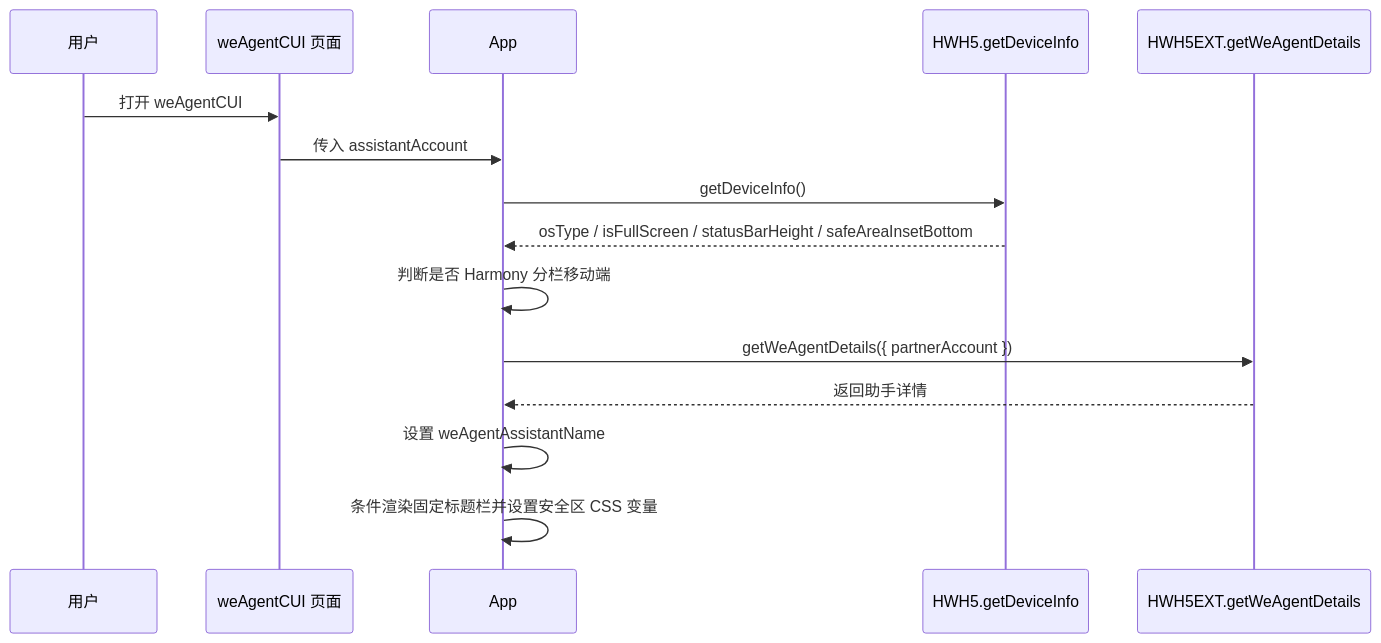
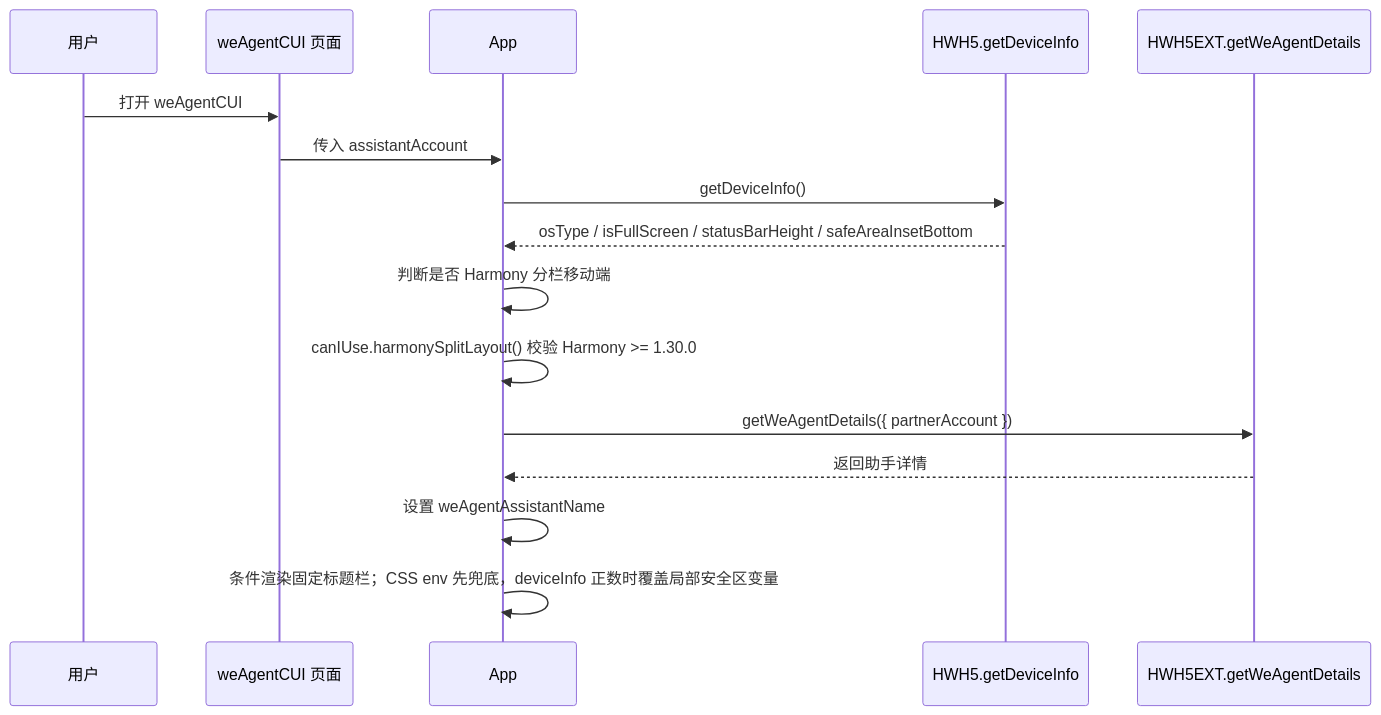
Before and after one commit to Abelsjcheng/skillSDK: the second of 3 diagrams in ai-chat-viewer/docs/plans/2026-06-18-we-agent-cui-harmony-split-layout-plan.md, drawn with Mermaid. The commit also changed other lines of this file and 6 other files, not shown here.

Commit message:
fix(harmony): gate split layout by client version

````diff
--- a/ai-chat-viewer/docs/plans/2026-06-18-we-agent-cui-harmony-split-layout-plan.md
+++ b/ai-chat-viewer/docs/plans/2026-06-18-we-agent-cui-harmony-split-layout-plan.md
@@ -75,18 +78,19 @@
 ```mermaid
 sequenceDiagram
     participant User as 用户
     participant Page as weAgentCUI 页面
     participant App as App
     participant HWH5 as HWH5.getDeviceInfo
     participant API as HWH5EXT.getWeAgentDetails
 
     User->>Page: 打开 weAgentCUI
     Page->>App: 传入 assistantAccount
     App->>HWH5: getDeviceInfo()
     HWH5-->>App: osType / isFullScreen / statusBarHeight / safeAreaInsetBottom
     App->>App: 判断是否 Harmony 分栏移动端
+    App->>App: canIUse.harmonySplitLayout() 校验 Harmony >= 1.30.0
     App->>API: getWeAgentDetails({ partnerAccount })
     API-->>App: 返回助手详情
     App->>App: 设置 weAgentAssistantName
-    App->>App: 条件渲染固定标题栏并设置安全区 CSS 变量
+    App->>App: 条件渲染固定标题栏；CSS env 先兜底，deviceInfo 正数时覆盖局部安全区变量
 ```
````
